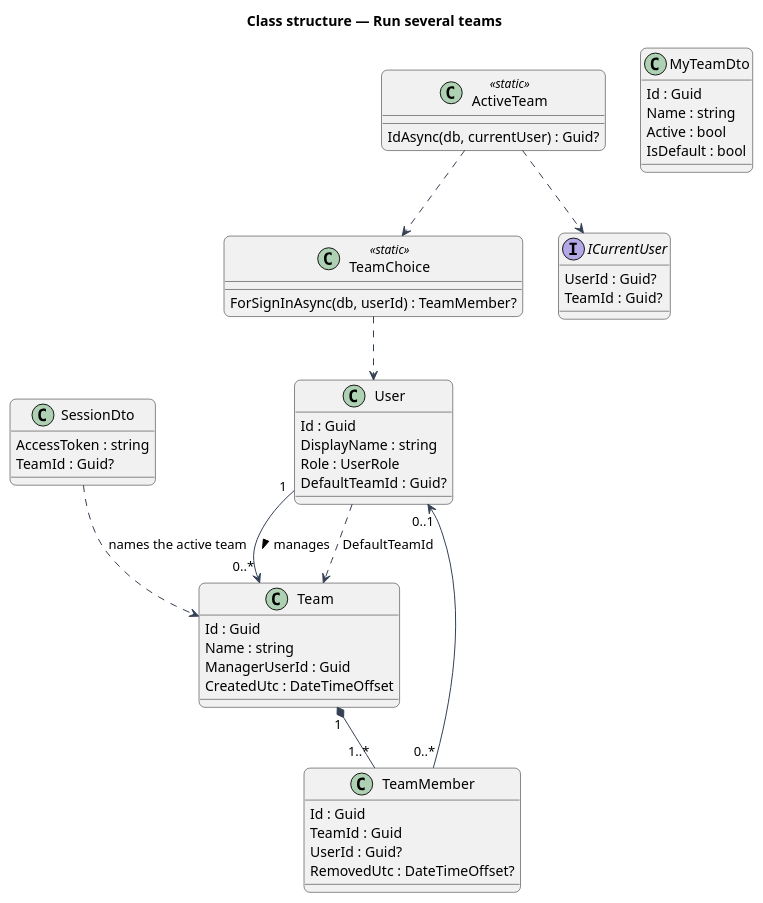
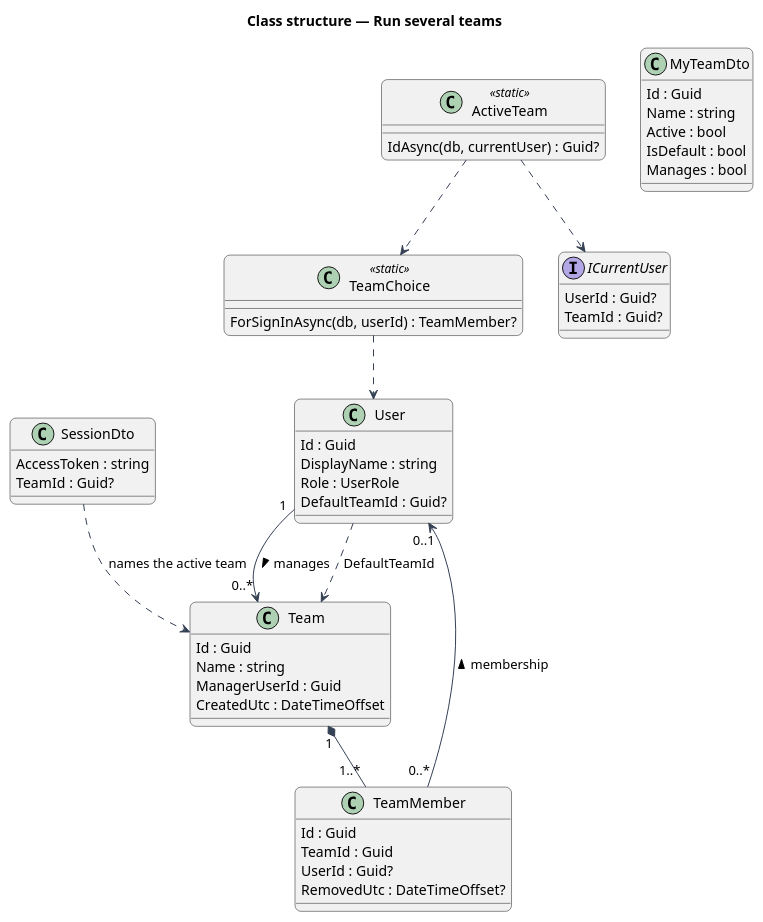
Before and after one commit to QuinntyneBrown/greenlit: the diagram in docs/detailed-designs/teams/switch-team/diagrams/class-structure.puml, drawn with PlantUML. The commit also changed 43 other files, not shown here.

```diff
--- a/docs/detailed-designs/teams/switch-team/diagrams/class-structure.puml
+++ b/docs/detailed-designs/teams/switch-team/diagrams/class-structure.puml
@@ -1,54 +1,55 @@
 @startuml
 title Class structure — Run several teams
 skinparam backgroundColor #FFFFFF
 skinparam shadowing false
 skinparam roundcorner 12
 skinparam defaultFontName Arial
 skinparam ArrowColor #344054
 class User {
   Id : Guid
   DisplayName : string
   Role : UserRole
   DefaultTeamId : Guid?
 }
 class Team {
   Id : Guid
   Name : string
   ManagerUserId : Guid
   CreatedUtc : DateTimeOffset
 }
 class TeamMember {
   Id : Guid
   TeamId : Guid
   UserId : Guid?
   RemovedUtc : DateTimeOffset?
 }
 class SessionDto {
   AccessToken : string
   TeamId : Guid?
 }
 class MyTeamDto {
   Id : Guid
   Name : string
   Active : bool
   IsDefault : bool
+  Manages : bool
 }
 class TeamChoice <<static>> {
   ForSignInAsync(db, userId) : TeamMember?
 }
 class ActiveTeam <<static>> {
   IdAsync(db, currentUser) : Guid?
 }
 interface ICurrentUser {
   UserId : Guid?
   TeamId : Guid?
 }
 User "1" --> "0..*" Team : manages >
 User ..> Team : DefaultTeamId
 Team "1" *-- "1..*" TeamMember
-TeamMember "0..*" --> "0..1" User
+TeamMember "0..*" --> "0..1" User : membership >
 TeamChoice ..> User
 ActiveTeam ..> ICurrentUser
 ActiveTeam ..> TeamChoice
 SessionDto ..> Team : names the active team
 @enduml
```
